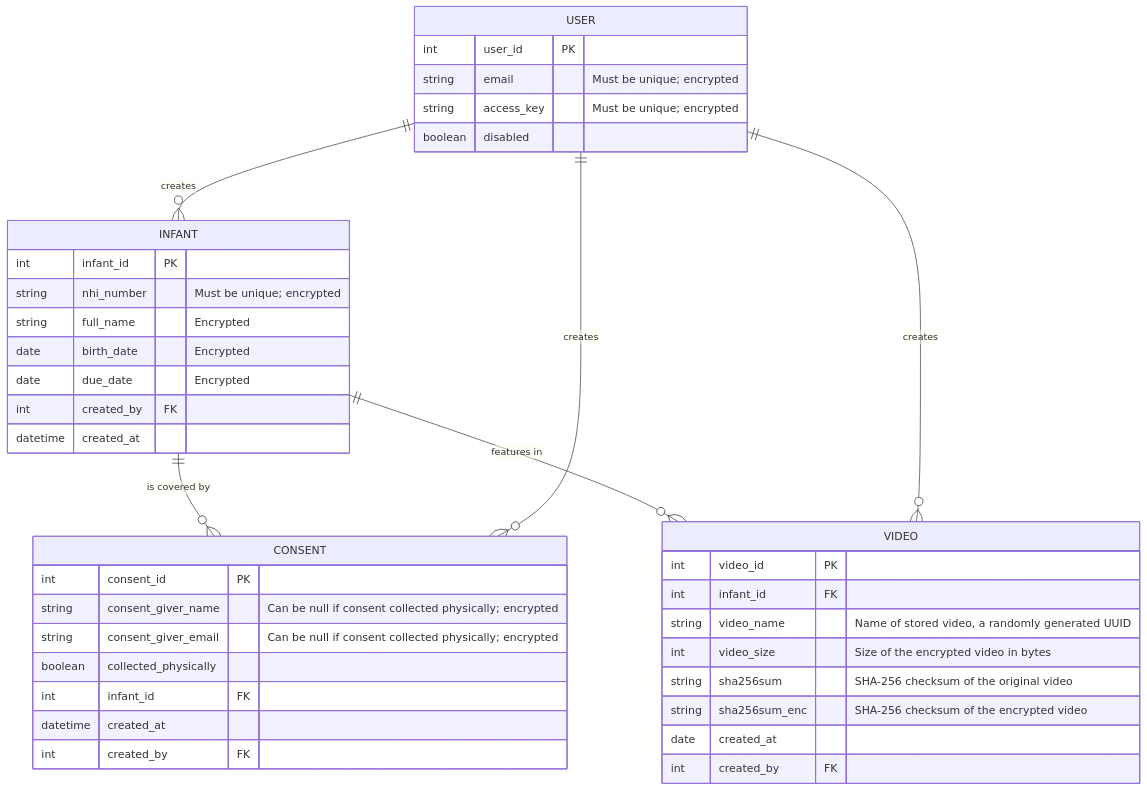
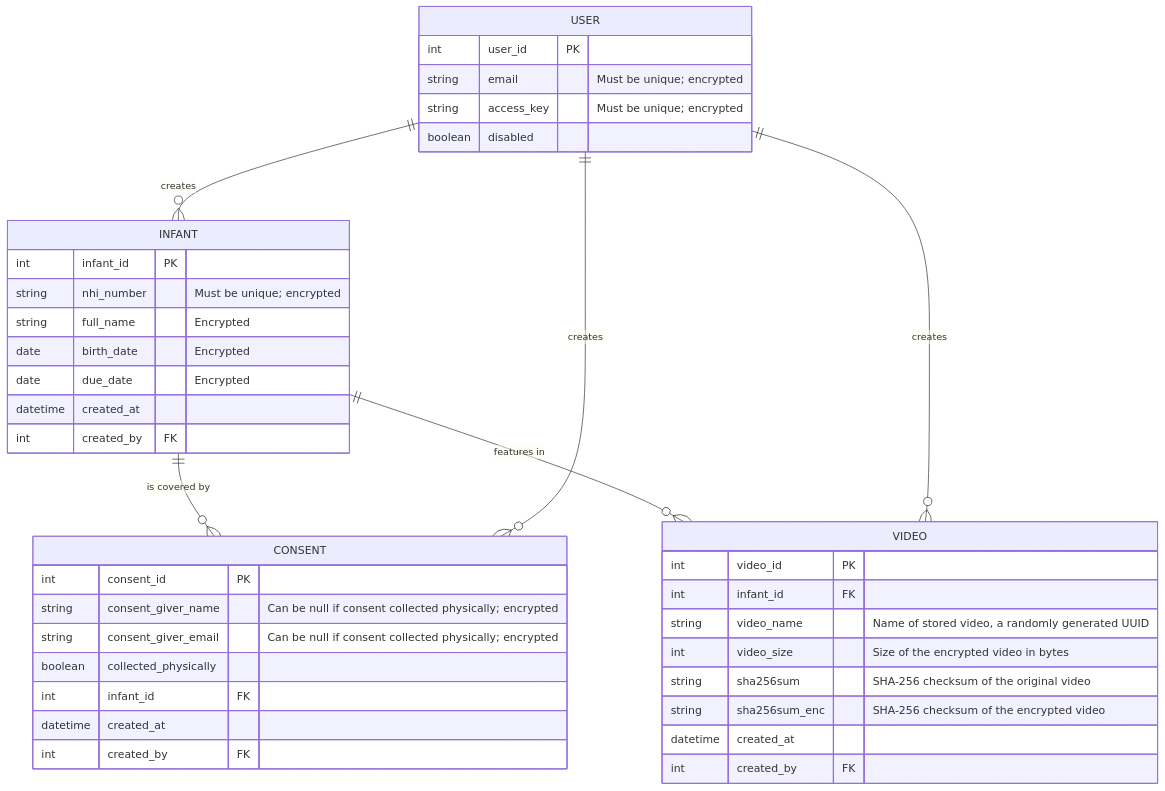
Before and after one commit to neuromechanics-uoa/tinymotion_backend: the diagram in docs/architecture.md, drawn with Mermaid. The commit also changed other lines of this file, not shown here.

````diff
--- a/docs/architecture.md
+++ b/docs/architecture.md
@@ -38,47 +44,47 @@
 ```mermaid
 erDiagram
     USER {
         int user_id PK
         string email "Must be unique; encrypted"
         string access_key "Must be unique; encrypted"
         boolean disabled
     }
 
     INFANT {
         int infant_id PK
         string nhi_number "Must be unique; encrypted"
         string full_name "Encrypted"
         date birth_date "Encrypted"
         date due_date "Encrypted"
+        datetime created_at
         int created_by FK
-        datetime created_at
     }
 
     CONSENT {
         int consent_id PK
         string consent_giver_name "Can be null if consent collected physically; encrypted"
         string consent_giver_email "Can be null if consent collected physically; encrypted"
         boolean collected_physically
         int infant_id FK
         datetime created_at
         int created_by FK
     }
 
     VIDEO {
         int video_id PK
         int infant_id FK
         string video_name "Name of stored video, a randomly generated UUID"
         int video_size "Size of the encrypted video in bytes"
         string sha256sum "SHA-256 checksum of the original video"
         string sha256sum_enc "SHA-256 checksum of the encrypted video"
-        date created_at
+        datetime created_at
         int created_by FK
     }
 
     INFANT ||--o{ CONSENT : "is covered by"
     INFANT ||--o{ VIDEO : "features in"
     USER ||--o{ CONSENT : creates
     USER ||--o{ VIDEO : creates
     USER ||--o{ INFANT : creates
 
 ```
````
